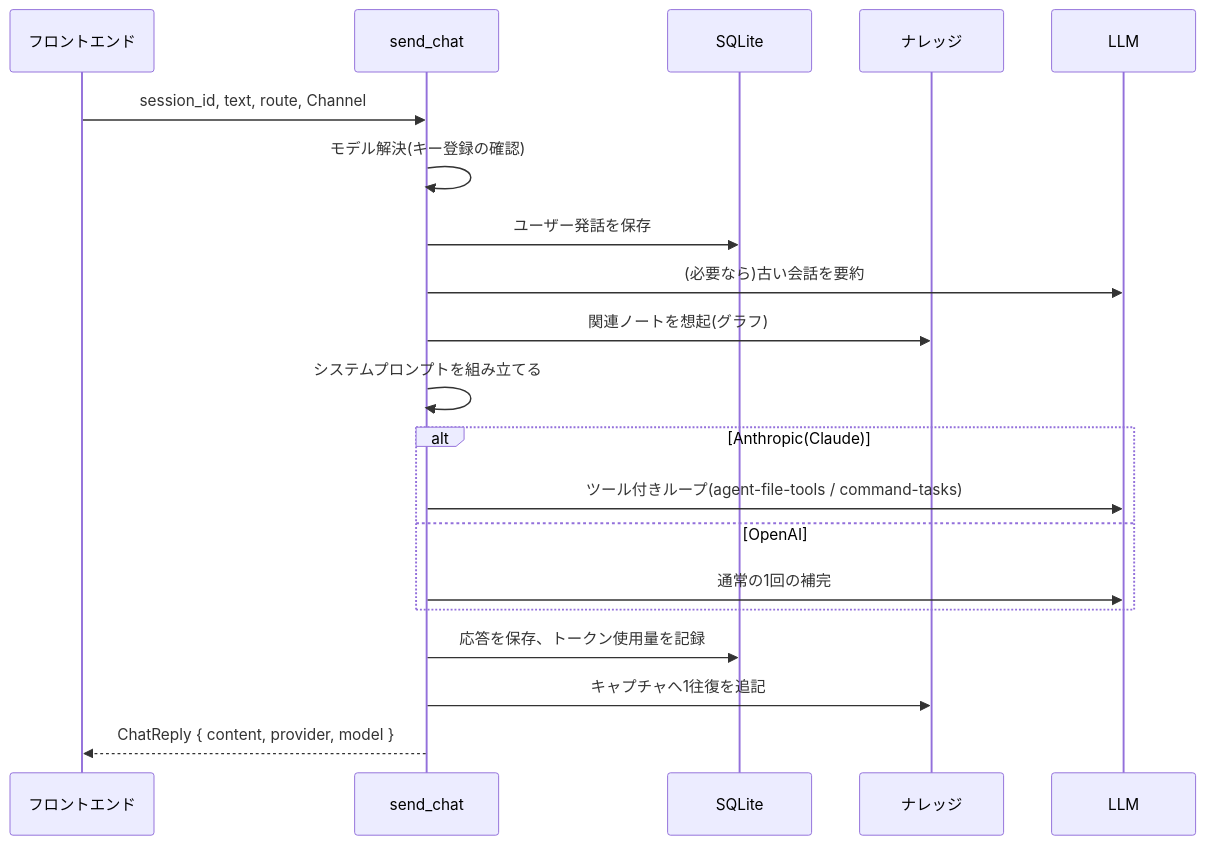
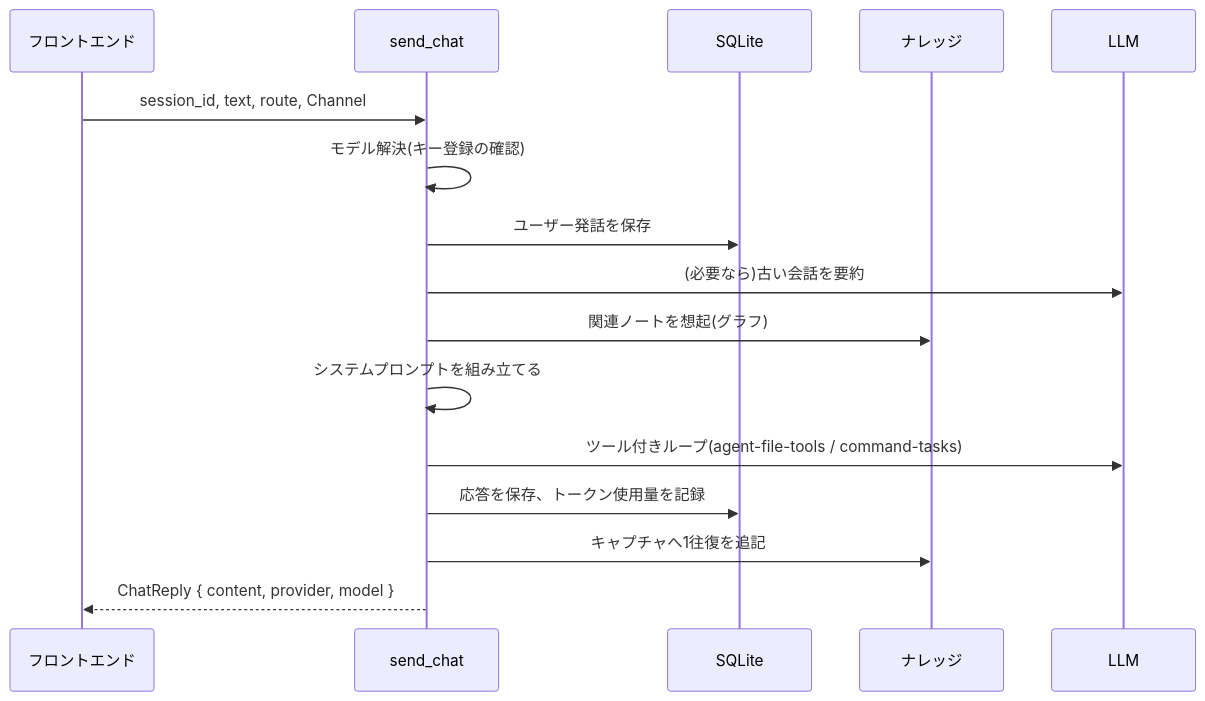
The first of 2 diagrams in docs/chat-flow.md (long-in/MyAssistant), drawn with Mermaid before and after one commit. The commit also changed other lines of this file and 35 other files, not shown here.

````diff
--- a/docs/chat-flow.md
+++ b/docs/chat-flow.md
@@ -7,22 +7,18 @@
 ```mermaid
 sequenceDiagram
   participant FE as フロントエンド
   participant C as send_chat
   participant DB as SQLite
   participant K as ナレッジ
   participant LLM as LLM
   FE->>C: session_id, text, route, Channel
   C->>C: モデル解決(キー登録の確認)
   C->>DB: ユーザー発話を保存
   C->>LLM: (必要なら)古い会話を要約
   C->>K: 関連ノートを想起(グラフ)
   C->>C: システムプロンプトを組み立てる
-  alt Anthropic(Claude)
-    C->>LLM: ツール付きループ(agent-file-tools / command-tasks)
-  else OpenAI
-    C->>LLM: 通常の1回の補完
-  end
+  C->>LLM: ツール付きループ(agent-file-tools / command-tasks)
   C->>DB: 応答を保存、トークン使用量を記録
   C->>K: キャプチャへ1往復を追記
   C-->>FE: ChatReply { content, provider, model }
 ```
````
